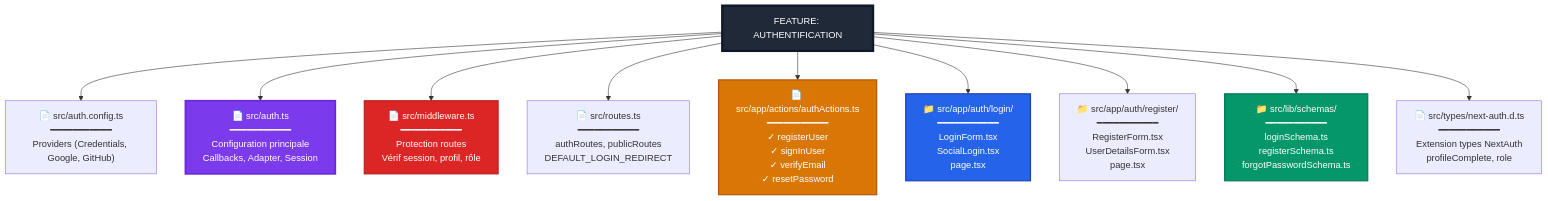
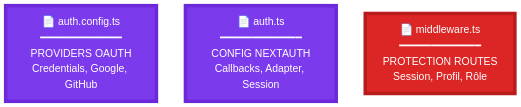
One commit to inskillflow/next-auth-demo-2-match changed diagram 24 of 36 in documentation/17-arborescence-fichiers-roles.md. Above: the diagram before and after it, drawn with Mermaid. The commit also changed other lines of this file, not shown here.

````diff
--- a/documentation/17-arborescence-fichiers-roles.md
+++ b/documentation/17-arborescence-fichiers-roles.md
@@ -570,29 +525,10 @@
 ```mermaid
 flowchart TD
-    FEATURE["FEATURE: AUTHENTIFICATION"]
+    AUTH_CFG["📄 auth.config.ts<br/>━━━━━━━━━━━━━<br/>PROVIDERS OAUTH<br/>Credentials, Google, GitHub"]
+    AUTH_MAIN["📄 auth.ts<br/>━━━━━━━━━━━━━<br/>CONFIG NEXTAUTH<br/>Callbacks, Adapter, Session"]
+    MIDDLE["📄 middleware.ts<br/>━━━━━━━━━━━━━<br/>PROTECTION ROUTES<br/>Session, Profil, Rôle"]
     
-    FEATURE --> CONFIG_AUTH["📄 src/auth.config.ts<br/>━━━━━━━━━━━<br/>Providers (Credentials, Google, GitHub)"]
-    
-    FEATURE --> MAIN_AUTH["📄 src/auth.ts<br/>━━━━━━━━━━━<br/>Configuration principale<br/>Callbacks, Adapter, Session"]
-    
-    FEATURE --> MIDDLEWARE_A["📄 src/middleware.ts<br/>━━━━━━━━━━━<br/>Protection routes<br/>Vérif session, profil, rôle"]
-    
-    FEATURE --> ROUTES_A["📄 src/routes.ts<br/>━━━━━━━━━━━<br/>authRoutes, publicRoutes<br/>DEFAULT_LOGIN_REDIRECT"]
-    
-    FEATURE --> ACTIONS_AUTH["📄 src/app/actions/authActions.ts<br/>━━━━━━━━━━━<br/>✓ registerUser<br/>✓ signInUser<br/>✓ verifyEmail<br/>✓ resetPassword"]
-    
-    FEATURE --> LOGIN_PAGE["📁 src/app/auth/login/<br/>━━━━━━━━━━━<br/>LoginForm.tsx<br/>SocialLogin.tsx<br/>page.tsx"]
-    
-    FEATURE --> REGISTER_PAGE["📁 src/app/auth/register/<br/>━━━━━━━━━━━<br/>RegisterForm.tsx<br/>UserDetailsForm.tsx<br/>page.tsx"]
-    
-    FEATURE --> SCHEMAS_AUTH["📁 src/lib/schemas/<br/>━━━━━━━━━━━<br/>loginSchema.ts<br/>registerSchema.ts<br/>forgotPasswordSchema.ts"]
-    
-    FEATURE --> TYPES_AUTH["📄 src/types/next-auth.d.ts<br/>━━━━━━━━━━━<br/>Extension types NextAuth<br/>profileComplete, role"]
-    
-    style FEATURE fill:#1f2937,stroke:#111827,stroke-width:4px,color:#fff
-    style MAIN_AUTH fill:#7c3aed,stroke:#6d28d9,stroke-width:3px,color:#fff
-    style MIDDLEWARE_A fill:#dc2626,stroke:#b91c1c,stroke-width:2px,color:#fff
-    style ACTIONS_AUTH fill:#d97706,stroke:#b45309,stroke-width:2px,color:#fff
-    style LOGIN_PAGE fill:#2563eb,stroke:#1e40af,stroke-width:2px,color:#fff
-    style SCHEMAS_AUTH fill:#059669,stroke:#047857,stroke-width:2px,color:#fff
+    style AUTH_CFG fill:#7c3aed,stroke:#6d28d9,stroke-width:6px,color:#fff,font-size:18px
+    style AUTH_MAIN fill:#7c3aed,stroke:#6d28d9,stroke-width:6px,color:#fff,font-size:18px
+    style MIDDLE fill:#dc2626,stroke:#b91c1c,stroke-width:6px,color:#fff,font-size:18px
 ```
````
